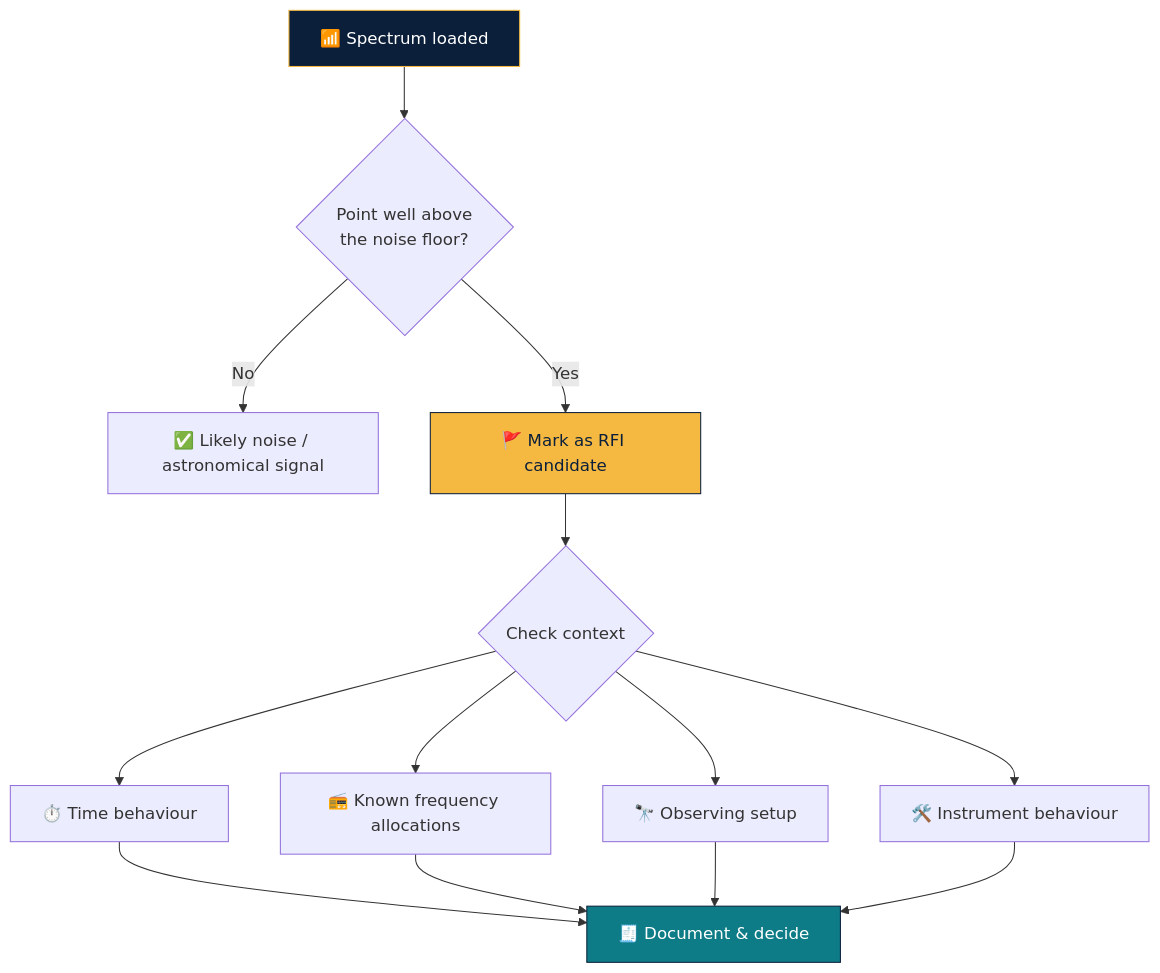
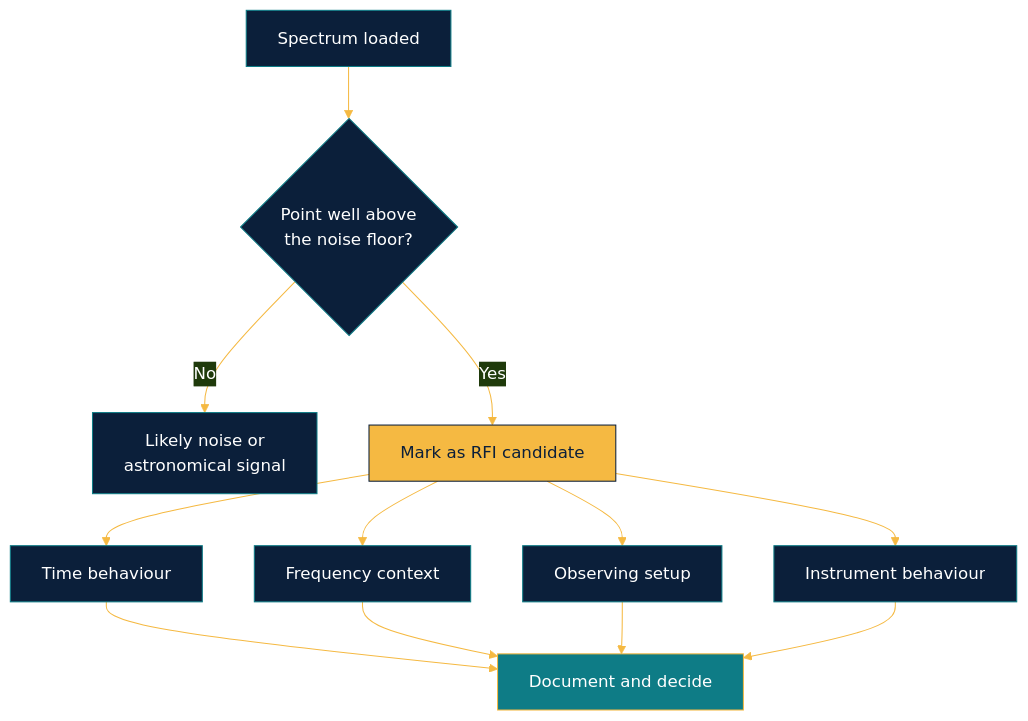
The third of 3 diagrams in README.md (LuthandoCandlovu/DARA-Astronomy-Practicals-Kenya-Illeret-), drawn with Mermaid before and after one commit. The commit also changed other lines of this file, not shown here.

````diff
--- a/README.md
+++ b/README.md
@@ -167,19 +123,17 @@
 ```mermaid
+%%{init: {'theme':'base','themeVariables':{'primaryColor':'#0B1F3A','primaryTextColor':'#ffffff','primaryBorderColor':'#0E7C86','lineColor':'#F5B942','fontFamily':'Segoe UI, Arial'}}}%%
 flowchart TD
-    S[📶 Spectrum loaded] --> P{Point well above<br/>the noise floor?}
-    P -- No --> N[✅ Likely noise / astronomical signal]
-    P -- Yes --> C[🚩 Mark as RFI candidate]
-    C --> Q{Check context}
-    Q --> T[⏱️ Time behaviour]
-    Q --> F[📻 Known frequency allocations]
-    Q --> O[🔭 Observing setup]
-    Q --> I[🛠️ Instrument behaviour]
-    T --> R[🧾 Document & decide]
+    S["Spectrum loaded"] --> Q{"Point well above<br/>the noise floor?"}
+    Q -- No --> N["Likely noise or<br/>astronomical signal"]
+    Q -- Yes --> C["Mark as RFI candidate"]
+    C --> T["Time behaviour"]
+    C --> F["Frequency context"]
+    C --> O["Observing setup"]
+    C --> I["Instrument behaviour"]
+    T --> R["Document and decide"]
     F --> R
     O --> R
     I --> R
-
-    style S fill:#0B1F3A,stroke:#F5B942,color:#fff
     style C fill:#F5B942,stroke:#0B1F3A,color:#0B1F3A
-    style R fill:#0E7C86,stroke:#0B1F3A,color:#fff
+    style R fill:#0E7C86,stroke:#F5B942,color:#ffffff
 ```
````
